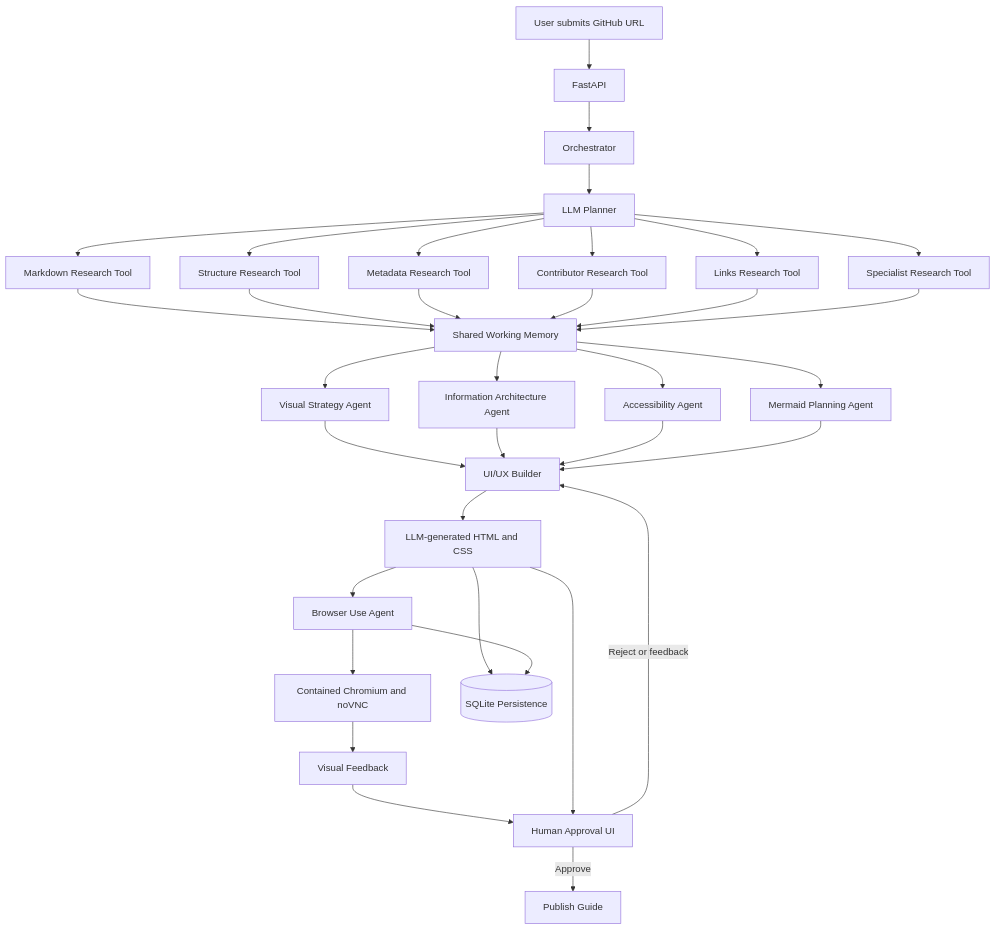
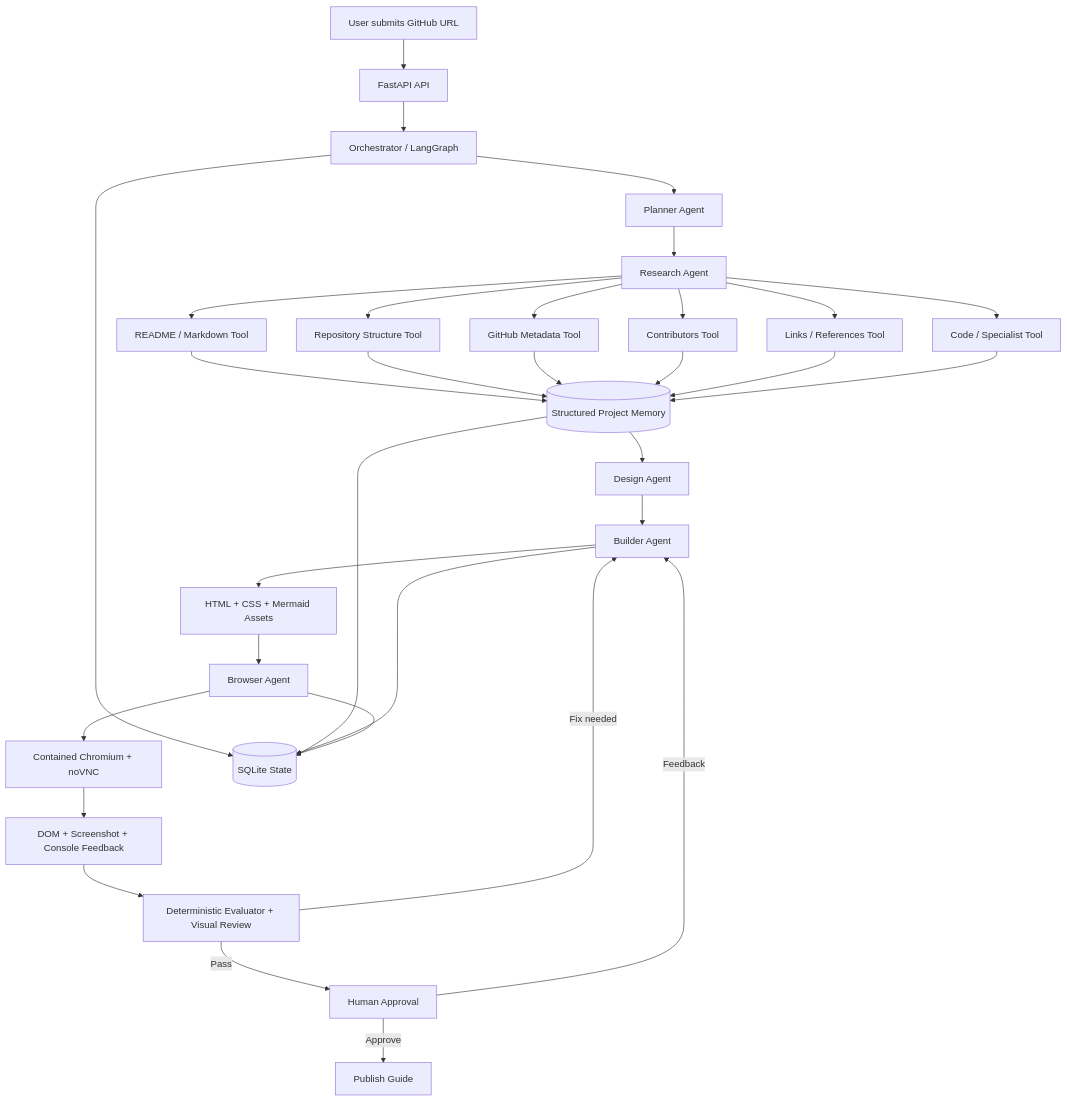
The diagram in README.md (Auro-rium/reapit), drawn with Mermaid before and after one commit.

Commit message:
Document compressed four-agent architecture

````diff
--- a/README.md
+++ b/README.md
@@ -157,42 +157,37 @@
 ```mermaid
 flowchart TD
-    U[User submits GitHub URL] --> F[FastAPI]
-    F --> O[Orchestrator]
-    O --> P[LLM Planner]
+    U[User submits GitHub URL] --> API[FastAPI API]
+    API --> ORCH[Orchestrator / LangGraph]
+    ORCH --> PLANNER[Planner Agent]
+    PLANNER --> RESEARCH[Research Agent]
 
-    P --> R1[Markdown Research Tool]
-    P --> R2[Structure Research Tool]
-    P --> R3[Metadata Research Tool]
-    P --> R4[Contributor Research Tool]
-    P --> R5[Links Research Tool]
-    P --> R6[Specialist Research Tool]
+    RESEARCH --> T1[README / Markdown Tool]
+    RESEARCH --> T2[Repository Structure Tool]
+    RESEARCH --> T3[GitHub Metadata Tool]
+    RESEARCH --> T4[Contributors Tool]
+    RESEARCH --> T5[Links / References Tool]
+    RESEARCH --> T6[Code / Specialist Tool]
+    T1 --> MEM[(Structured Project Memory)]
+    T2 --> MEM
+    T3 --> MEM
+    T4 --> MEM
+    T5 --> MEM
+    T6 --> MEM
 
-    R1 --> M[Shared Working Memory]
-    R2 --> M
-    R3 --> M
-    R4 --> M
-    R5 --> M
-    R6 --> M
+    MEM --> DESIGN[Design Agent]
+    DESIGN --> BUILD[Builder Agent]
+    BUILD --> ART[HTML + CSS + Mermaid Assets]
+    ART --> BROWSER[Browser Agent]
+    BROWSER --> CHROME[Contained Chromium + noVNC]
+    CHROME --> OBS[DOM + Screenshot + Console Feedback]
+    OBS --> EVAL[Deterministic Evaluator + Visual Review]
+    EVAL -->|Fix needed| BUILD
+    EVAL -->|Pass| HITL[Human Approval]
+    HITL -->|Feedback| BUILD
+    HITL -->|Approve| OUT[Publish Guide]
 
-    M --> V[Visual Strategy Agent]
-    M --> IA[Information Architecture Agent]
-    M --> A11Y[Accessibility Agent]
-    M --> D[Mermaid Planning Agent]
-
-    V --> UX[UI/UX Builder]
-    IA --> UX
-    A11Y --> UX
-    D --> UX
-
-    UX --> H[LLM-generated HTML and CSS]
-    H --> B[Browser Use Agent]
-    B --> S[Contained Chromium and noVNC]
-    S --> Q[Visual Feedback]
-    Q --> HITL[Human Approval UI]
-    H --> HITL
-
-    HITL -->|Approve| OUT[Publish Guide]
-    HITL -->|Reject or feedback| UX
-    H --> DB[(SQLite Persistence)]
-    B --> DB
-```
+    ORCH --> DB[(SQLite State)]
+    MEM --> DB
+    BUILD --> DB
+    BROWSER --> DB
+``` 
````
